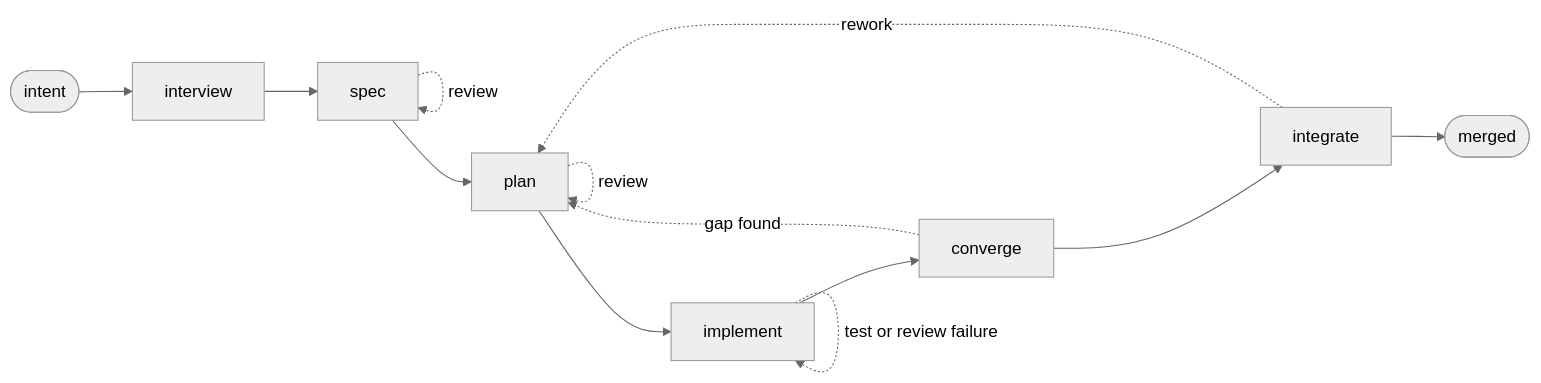
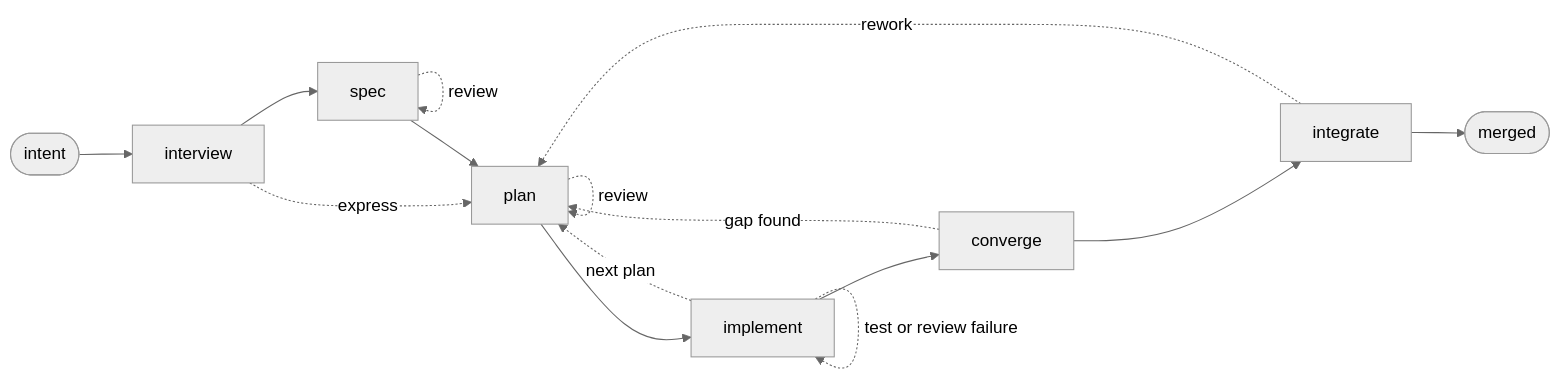
The diagram in README.md (jpoimboe/imp), drawn with Mermaid (neutral theme) before and after one commit. The commit also changed other lines of this file, not shown here.

````diff
--- a/README.md
+++ b/README.md
@@ -87,15 +88,17 @@
 ```mermaid
 flowchart LR
   intent([intent]) --> interview[interview]
   interview --> spec[spec]
+  interview -. express .-> plan
   spec --> plan[plan]
   plan --> implement[implement]
   implement --> converge[converge]
   converge --> integrate[integrate]
   integrate --> merged([merged])
   spec -. review .-> spec
   plan -. review .-> plan
   implement -. test or review failure .-> implement
+  implement -. next plan .-> plan
   converge -. gap found .-> plan
   integrate -. rework .-> plan
 ```
````
